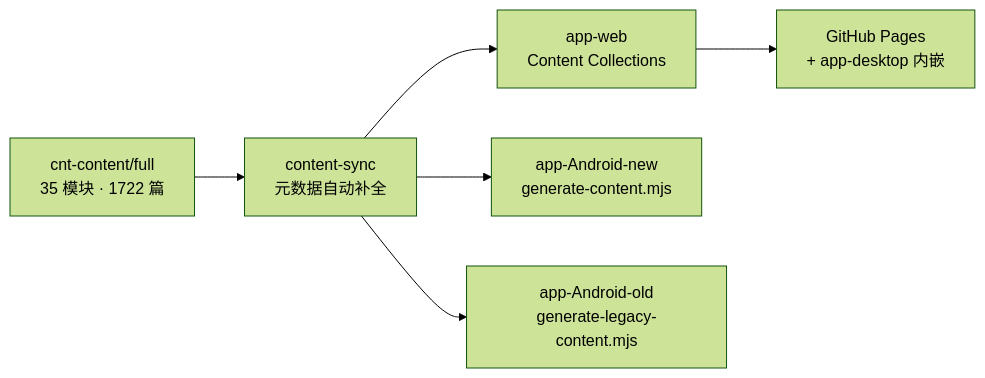
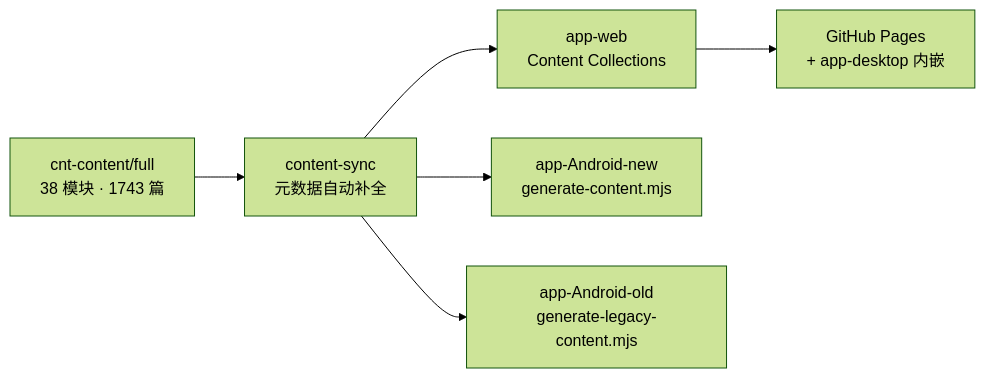
The diagram in README.md (fanquanpp/FANDEX), drawn with Mermaid (forest theme) before and after one commit. The commit also changed other lines of this file and 5 other files, not shown here.

````diff
--- a/README.md
+++ b/README.md
@@ -120,8 +126,8 @@
 ```mermaid
 flowchart LR
-    A["cnt-content/full\n35 模块 · 1722 篇"] --> B["content-sync\n元数据自动补全"]
+    A["cnt-content/full\n38 模块 · 1743 篇"] --> B["content-sync\n元数据自动补全"]
     B --> C["app-web\nContent Collections"]
     B --> D["app-Android-new\ngenerate-content.mjs"]
     B --> E["app-Android-old\ngenerate-legacy-content.mjs"]
     C --> F["GitHub Pages\n+ app-desktop 内嵌"]
 ```
````
